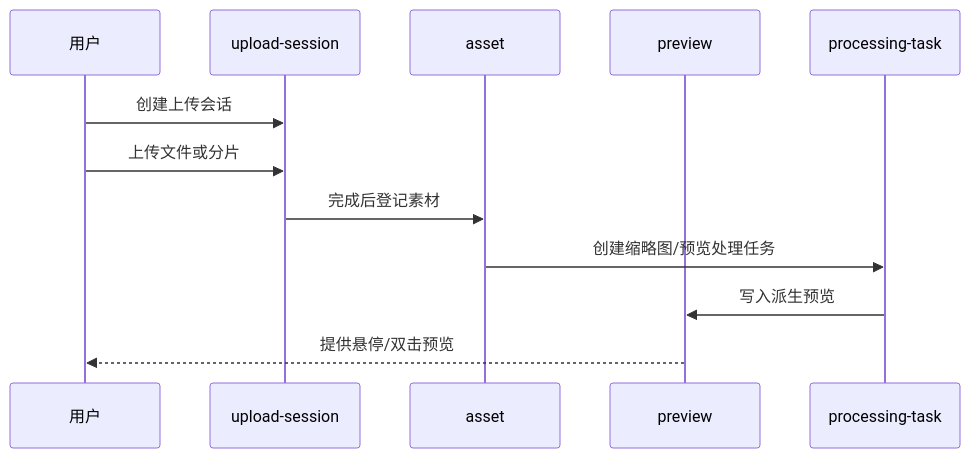
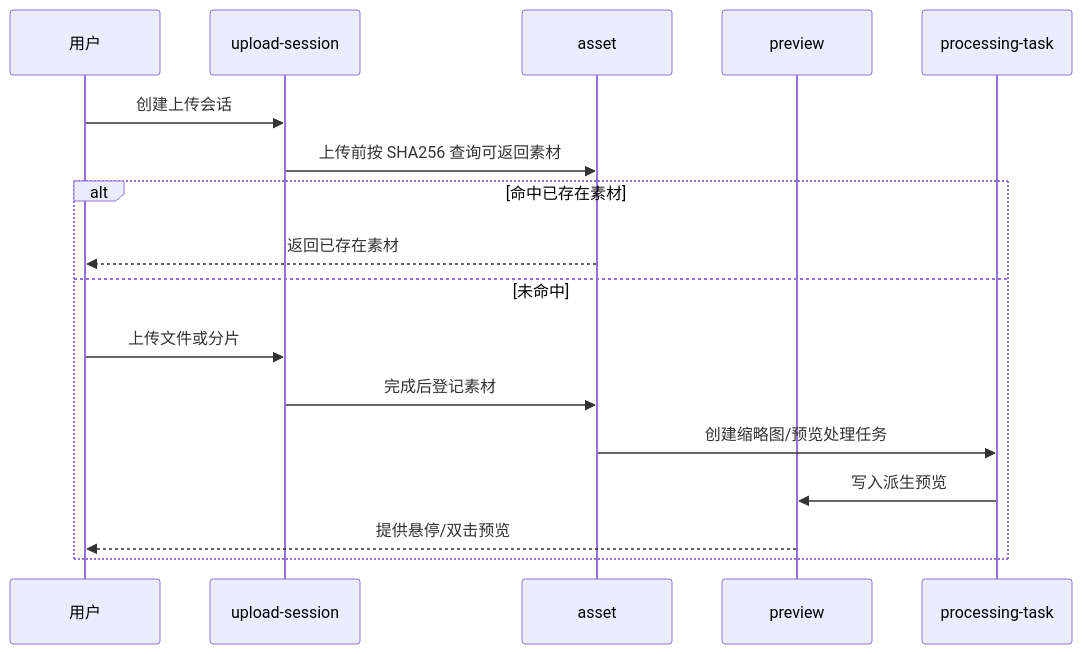
The first of 3 diagrams in 02_architecture/domains/asset-library.md (wangweihong/omnimam-spec), drawn with Mermaid before and after one commit. The commit also changed other lines of this file and 6 other files, not shown here.

````diff
--- a/02_architecture/domains/asset-library.md
+++ b/02_architecture/domains/asset-library.md
@@ -28,15 +32,20 @@
 ```mermaid
 sequenceDiagram
   participant User as 用户
   participant Upload as upload-session
   participant Asset as asset
   participant Preview as preview
   participant Task as processing-task
 
   User->>Upload: 创建上传会话
-  User->>Upload: 上传文件或分片
-  Upload->>Asset: 完成后登记素材
-  Asset->>Task: 创建缩略图/预览处理任务
-  Task->>Preview: 写入派生预览
-  Preview-->>User: 提供悬停/双击预览
+  Upload->>Asset: 上传前按 SHA256 查询可返回素材
+  alt 命中已存在素材
+    Asset-->>User: 返回已存在素材
+  else 未命中
+    User->>Upload: 上传文件或分片
+    Upload->>Asset: 完成后登记素材
+    Asset->>Task: 创建缩略图/预览处理任务
+    Task->>Preview: 写入派生预览
+    Preview-->>User: 提供悬停/双击预览
+  end
 ```
````
